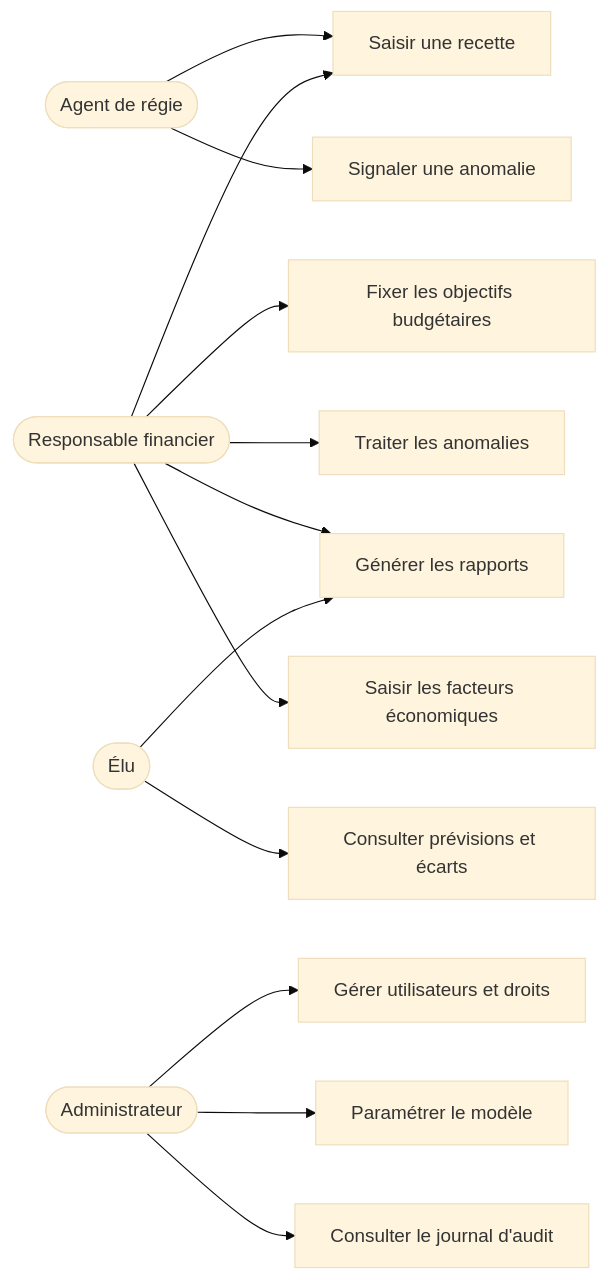
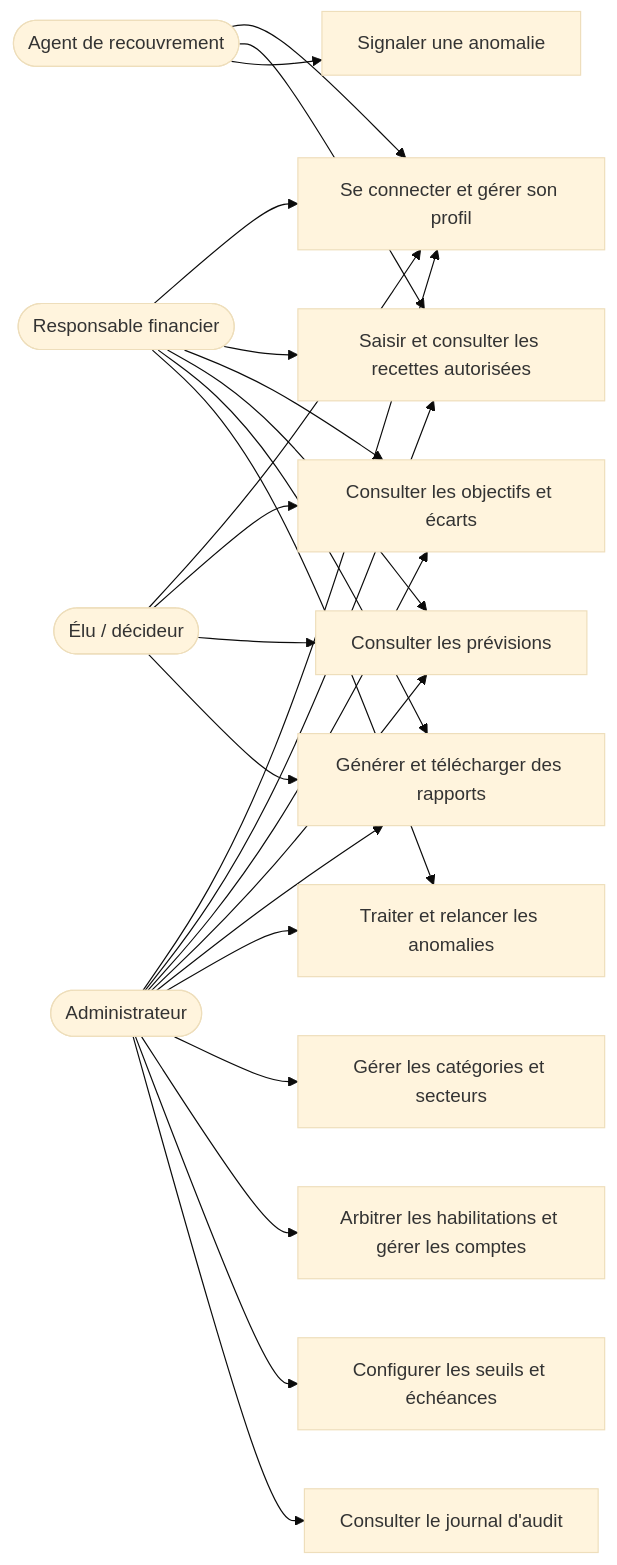
One commit to fanevanjanahary-ando/RECETTES_COLLECTIVES_TERRITORIALES changed the first of 4 diagrams in docs/UML.md. Above: the diagram before and after it, drawn with Mermaid (base theme). The commit also changed other lines of this file and 26 other files, not shown here.

````diff
--- a/docs/UML.md
+++ b/docs/UML.md
@@ -4,15 +5,41 @@
 ```mermaid
 flowchart LR
-    Agent([Agent de régie]) --> UC1[Saisir une recette]
-    Agent --> UC2[Signaler une anomalie]
-    Responsable([Responsable financier]) --> UC1
-    Responsable --> UC3[Fixer les objectifs budgétaires]
-    Responsable --> UC4[Traiter les anomalies]
-    Responsable --> UC5[Générer les rapports]
-    Responsable --> UC6[Saisir les facteurs économiques]
-    Elu([Élu]) --> UC7[Consulter prévisions et écarts]
-    Elu --> UC5
-    Admin([Administrateur]) --> UC8[Gérer utilisateurs et droits]
-    Admin --> UC9[Paramétrer le modèle]
-    Admin --> UC10[Consulter le journal d'audit]
+    Agent([Agent de recouvrement])
+    Responsable([Responsable financier])
+    Elu([Élu / décideur])
+    Admin([Administrateur])
+    Auth[Se connecter et gérer son profil]
+    Saisie[Saisir et consulter les recettes autorisées]
+    Alerte[Signaler une anomalie]
+    Budget[Consulter les objectifs et écarts]
+    Prevision[Consulter les prévisions]
+    Rapport[Générer et télécharger des rapports]
+    Traitement[Traiter et relancer les anomalies]
+    Referentiel[Gérer les catégories et secteurs]
+    Comptes[Arbitrer les habilitations et gérer les comptes]
+    Param[Configurer les seuils et échéances]
+    Audit[Consulter le journal d'audit]
+    Agent --> Auth
+    Agent --> Saisie
+    Agent --> Alerte
+    Responsable --> Auth
+    Responsable --> Saisie
+    Responsable --> Budget
+    Responsable --> Prevision
+    Responsable --> Rapport
+    Responsable --> Traitement
+    Elu --> Auth
+    Elu --> Budget
+    Elu --> Prevision
+    Elu --> Rapport
+    Admin --> Auth
+    Admin --> Saisie
+    Admin --> Budget
+    Admin --> Prevision
+    Admin --> Rapport
+    Admin --> Traitement
+    Admin --> Referentiel
+    Admin --> Comptes
+    Admin --> Param
+    Admin --> Audit
 ```
````
